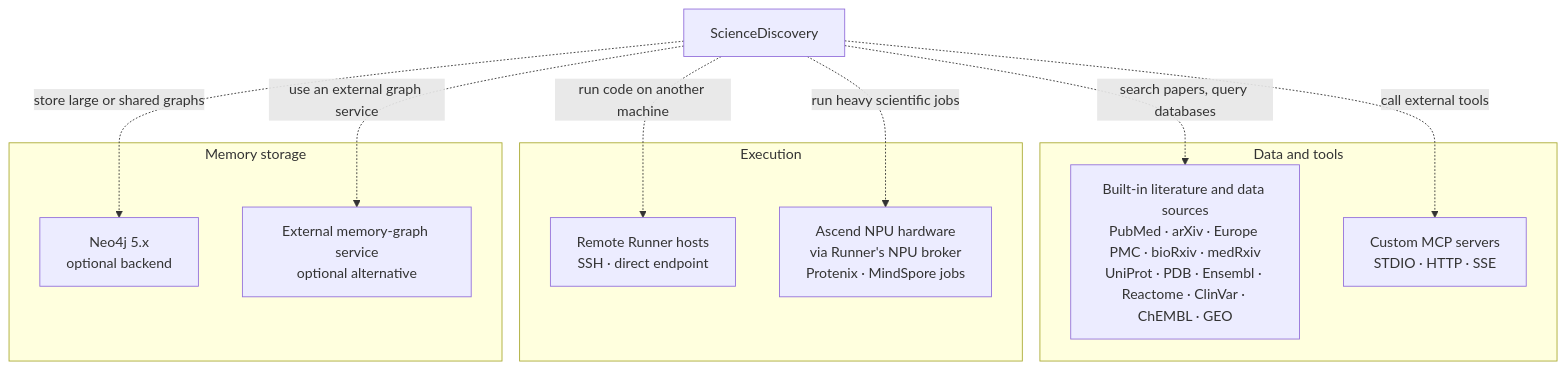
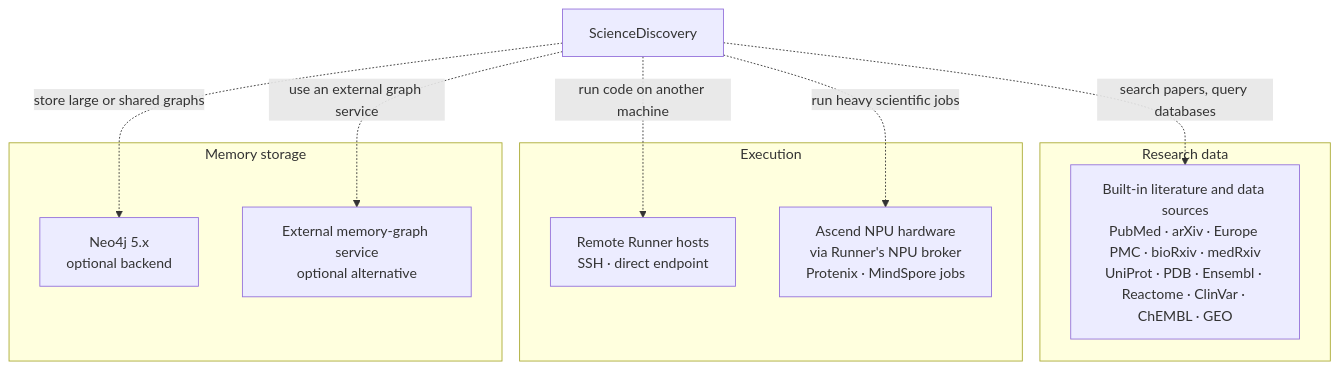
The second of 5 diagrams in company/sciencediscovery/overview.md (michaelatamuk/agentic-desk), drawn with Mermaid before and after one commit. The commit also changed other lines of this file, not shown here.

Commit message:
docs(company): drop custom MCP from ScienceDiscovery extras

````diff
--- a/company/sciencediscovery/overview.md
+++ b/company/sciencediscovery/overview.md
@@ -80,26 +80,24 @@
 ```mermaid
 flowchart TD
   SD["ScienceDiscovery"]
 
-  subgraph DATA["Data and tools"]
+  subgraph DATA["Research data"]
     L["Built-in literature and data sources<br/>PubMed · arXiv · Europe PMC · bioRxiv · medRxiv<br/>UniProt · PDB · Ensembl · Reactome · ClinVar · ChEMBL · GEO"]
-    M["Custom MCP servers<br/>STDIO · HTTP · SSE"]
   end
 
   subgraph EXEC["Execution"]
     R["Remote Runner hosts<br/>SSH · direct endpoint"]
     NPU["Ascend NPU hardware<br/>via Runner's NPU broker<br/>Protenix · MindSpore jobs"]
   end
 
   subgraph MEM["Memory storage"]
     NEO["Neo4j 5.x<br/>optional backend"]
     EXT["External memory-graph service<br/>optional alternative"]
   end
 
   SD -.->|"search papers, query databases"| L
-  SD -.->|"call external tools"| M
   SD -.->|"run code on another machine"| R
   SD -.->|"run heavy scientific jobs"| NPU
   SD -.->|"store large or shared graphs"| NEO
   SD -.->|"use an external graph service"| EXT
 ```
````
